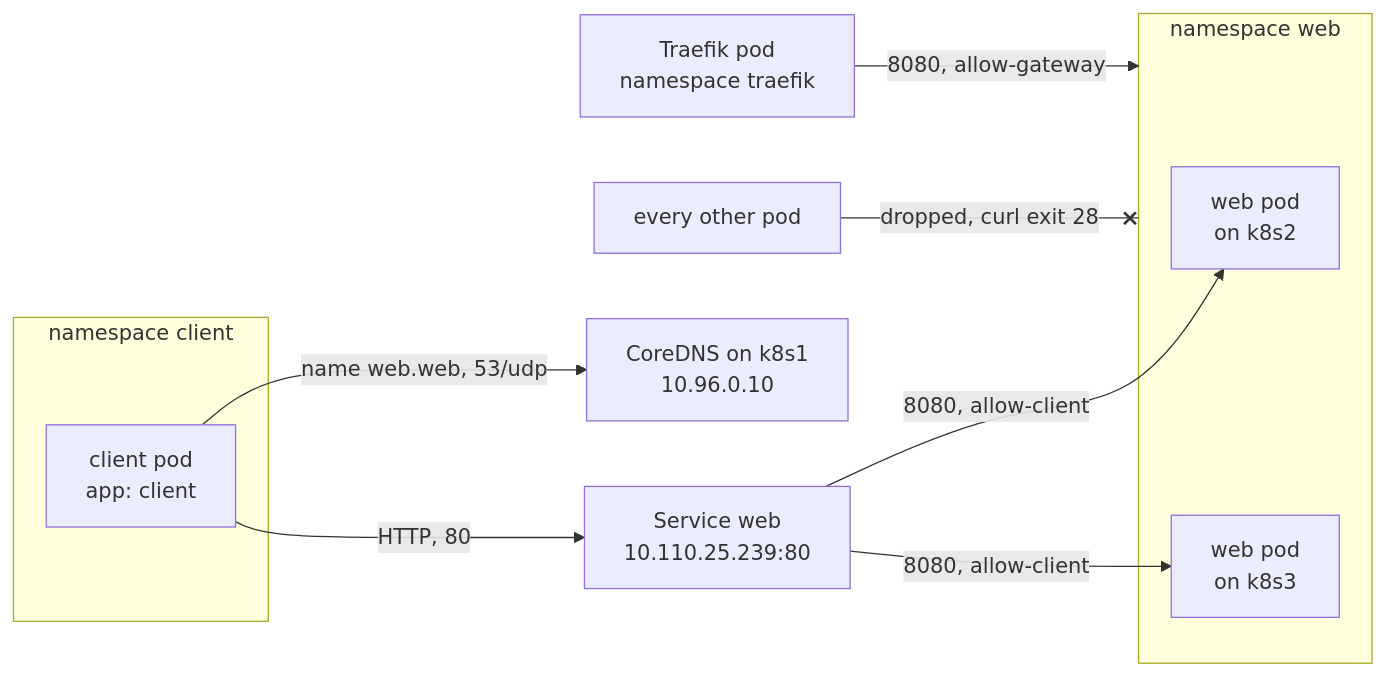
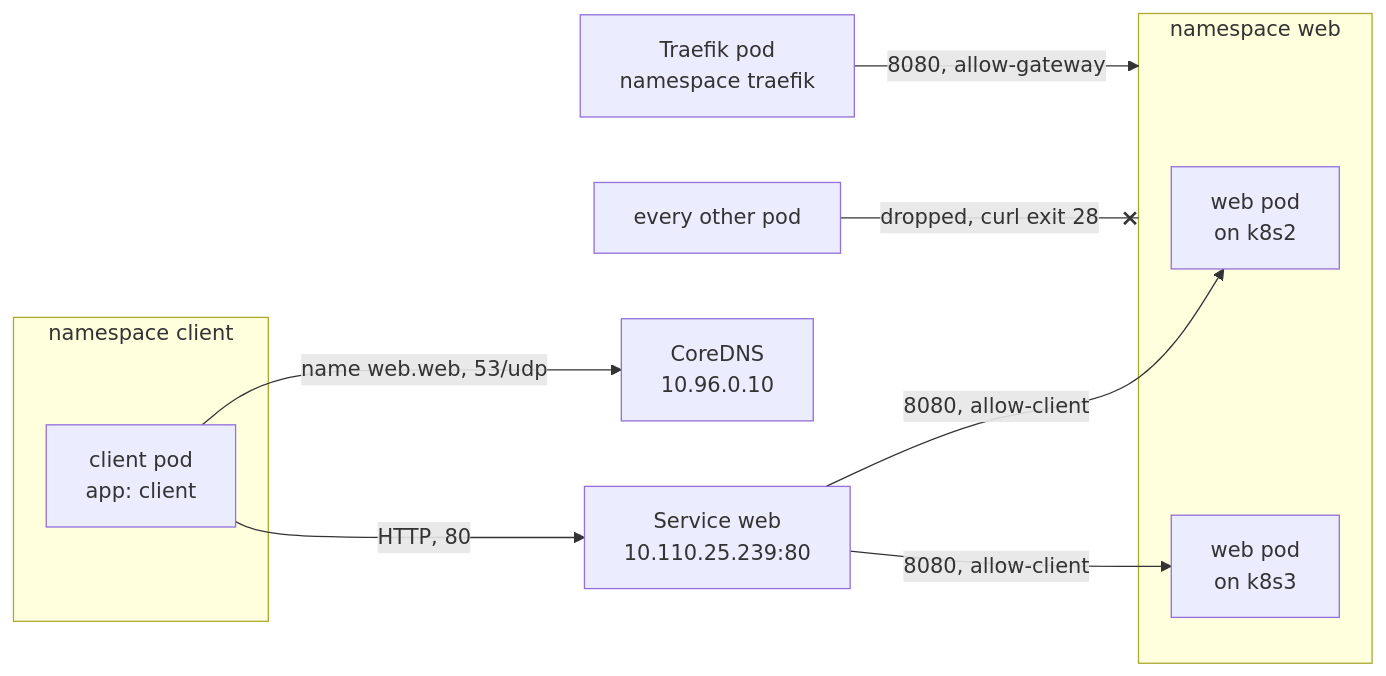
The diagram in docs/architecture/kubernetes/services.md (marin-orejas/rhel-data-platform), drawn with Mermaid before and after one commit. The commit also changed other lines of this file and 10 other files, not shown here.

Commit message:
docs(architecture): describe CloudNativePG, its backups and etcd

````diff
--- a/docs/architecture/kubernetes/services.md
+++ b/docs/architecture/kubernetes/services.md
@@ -41,20 +41,20 @@
 ```mermaid
 flowchart LR
     subgraph cns["namespace client"]
         client["client pod<br/>app: client"]
     end
     gw["Traefik pod<br/>namespace traefik"]
     other["every other pod"]
-    dns["CoreDNS on k8s1<br/>10.96.0.10"]
+    dns["CoreDNS<br/>10.96.0.10"]
     svc["Service web<br/>10.110.25.239:80"]
     subgraph wns["namespace web"]
         pod2["web pod<br/>on k8s2"]
         pod3["web pod<br/>on k8s3"]
     end
     client -- "name web.web, 53/udp" --> dns
     client -- "HTTP, 80" --> svc
     svc -- "8080, allow-client" --> pod2
     svc -- "8080, allow-client" --> pod3
     gw -- "8080, allow-gateway" --> wns
     other -- "dropped, curl exit 28" --x wns
 ```
````
